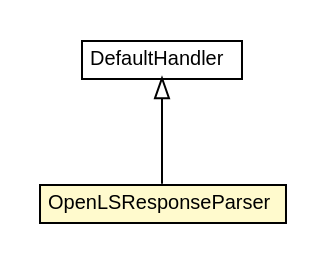
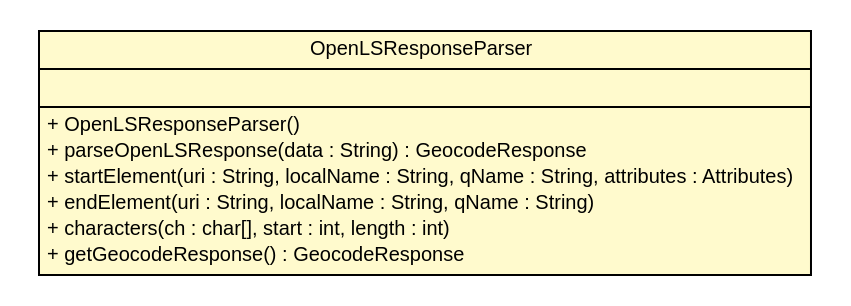
The diagram in apidocs/nl/geozet/openls/parser/OpenLSResponseParser.dot (geozet/openls-databinding), drawn with Graphviz before and after one commit. The commit also changed 177 other files, not shown here.

```diff
--- a/apidocs/nl/geozet/openls/parser/OpenLSResponseParser.dot
+++ b/apidocs/nl/geozet/openls/parser/OpenLSResponseParser.dot
@@ -1,26 +1,29 @@
 #!/usr/local/bin/dot
 #
 # Class diagram 
 # Generated by UMLGraph version R5_6-24-gf6e263 (http://www.umlgraph.org/)
 #
 
 digraph G {
 	edge [fontname="arial",fontsize=10,labelfontname="arial",labelfontsize=10];
 	node [fontname="arial",fontsize=10,shape=plaintext];
 	nodesep=0.25;
 	ranksep=0.5;
 	// nl.geozet.openls.parser.OpenLSResponseParser
-	c259 [label=<<table title="nl.geozet.openls.parser.OpenLSResponseParser" border="0" cellborder="1" cellspacing="0" cellpadding="2" port="p" bgcolor="lemonChiffon" href="./OpenLSResponseParser.html">
+	c261 [label=<<table title="nl.geozet.openls.parser.OpenLSResponseParser" border="0" cellborder="1" cellspacing="0" cellpadding="2" port="p" bgcolor="lemonChiffon" href="./OpenLSResponseParser.html">
 		<tr><td><table border="0" cellspacing="0" cellpadding="1">
 <tr><td align="center" balign="center"> OpenLSResponseParser </td></tr>
 		</table></td></tr>
+		<tr><td><table border="0" cellspacing="0" cellpadding="1">
+<tr><td align="left" balign="left">  </td></tr>
+		</table></td></tr>
+		<tr><td><table border="0" cellspacing="0" cellpadding="1">
+<tr><td align="left" balign="left"> + OpenLSResponseParser() </td></tr>
+<tr><td align="left" balign="left"> + parseOpenLSResponse(data : String) : GeocodeResponse </td></tr>
+<tr><td align="left" balign="left"> + startElement(uri : String, localName : String, qName : String, attributes : Attributes) </td></tr>
+<tr><td align="left" balign="left"> + endElement(uri : String, localName : String, qName : String) </td></tr>
+<tr><td align="left" balign="left"> + characters(ch : char[], start : int, length : int) </td></tr>
+<tr><td align="left" balign="left"> + getGeocodeResponse() : GeocodeResponse </td></tr>
+		</table></td></tr>
 		</table>>, URL="./OpenLSResponseParser.html", fontname="arial", fontcolor="black", fontsize=10.0];
-	//nl.geozet.openls.parser.OpenLSResponseParser extends org.xml.sax.helpers.DefaultHandler
-	c261:p -> c259:p [dir=back,arrowtail=empty];
-	// org.xml.sax.helpers.DefaultHandler
-	c261 [label=<<table title="org.xml.sax.helpers.DefaultHandler" border="0" cellborder="1" cellspacing="0" cellpadding="2" port="p" href="http://download.oracle.com/javase/7/docs/api/org/xml/sax/helpers/DefaultHandler.html">
-		<tr><td><table border="0" cellspacing="0" cellpadding="1">
-<tr><td align="center" balign="center"> DefaultHandler </td></tr>
-		</table></td></tr>
-		</table>>, URL="http://download.oracle.com/javase/7/docs/api/org/xml/sax/helpers/DefaultHandler.html", fontname="arial", fontcolor="black", fontsize=10.0];
 }
```
